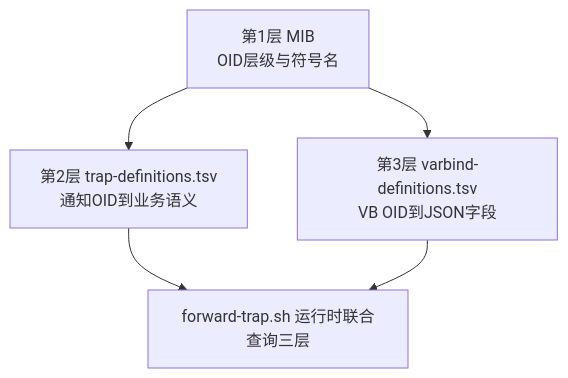
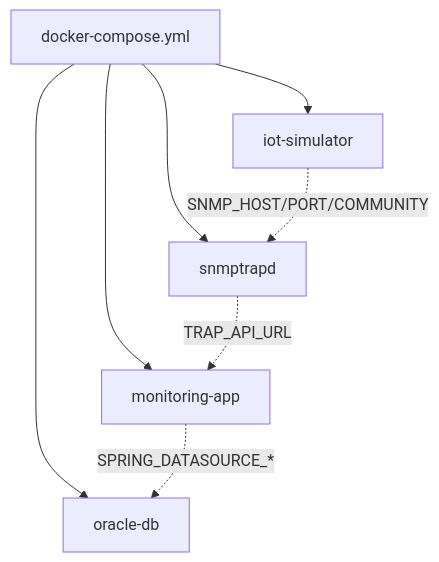
The diagram in slides/snmp-trap-demo-course/17.md (seki999/DialogueFlow_GitHub_OnLine), drawn with Mermaid before and after one commit. The commit also changed other lines of this file and 56 other files, not shown here.

````diff
--- a/slides/snmp-trap-demo-course/17.md
+++ b/slides/snmp-trap-demo-course/17.md
@@ -5,7 +5,10 @@
 ```mermaid
-flowchart TB
-    L1[第1层 MIB<br/>OID层级与符号名] --> L2[第2层 trap-definitions.tsv<br/>通知OID到业务语义]
-    L1 --> L3[第3层 varbind-definitions.tsv<br/>VB OID到JSON字段]
-    L2 --> Script[forward-trap.sh 运行时联合查询三层]
-    L3 --> Script
+flowchart TD
+    Compose[docker-compose.yml] --> S1[iot-simulator]
+    Compose --> S2[snmptrapd]
+    Compose --> S3[monitoring-app]
+    Compose --> S4[oracle-db]
+    S1 -.SNMP_HOST/PORT/COMMUNITY.-> S2
+    S2 -.TRAP_API_URL.-> S3
+    S3 -.SPRING_DATASOURCE_*.-> S4
 ```
````
